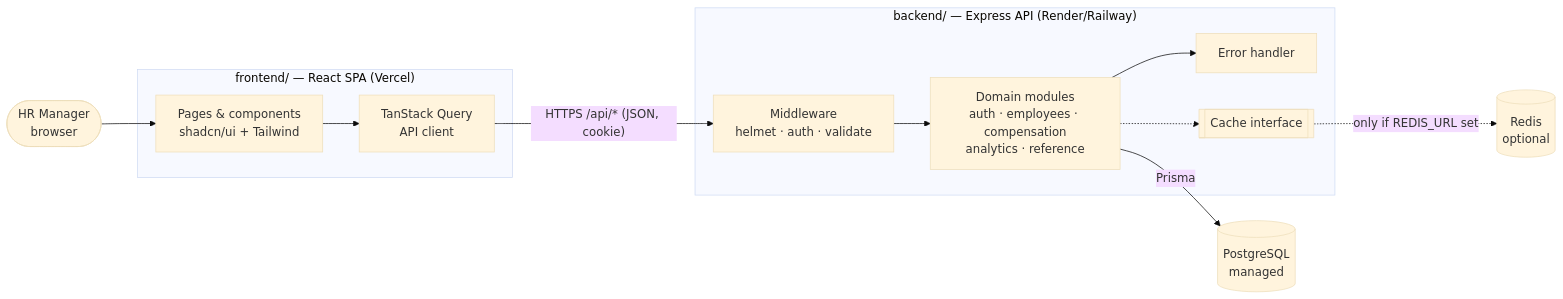
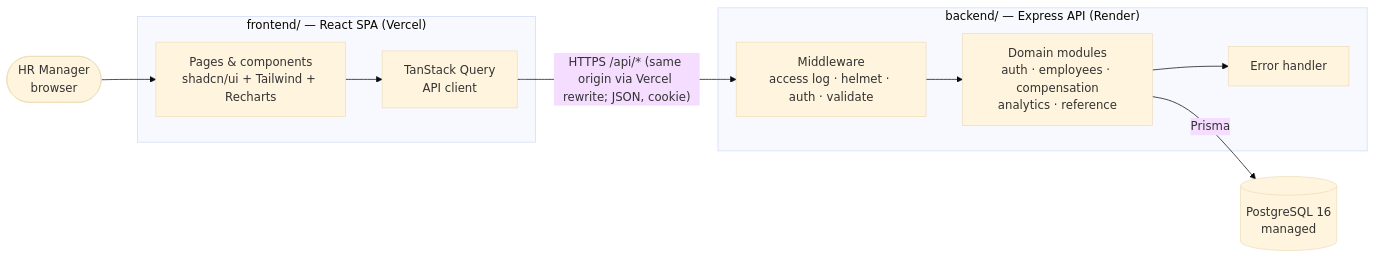
Before and after one commit to Chaitanya0076/employee-salary-management: the first of 2 diagrams in docs/architecture.md, drawn with Mermaid (base theme). The commit also changed other lines of this file and 10 other files, not shown here.

````diff
--- a/docs/architecture.md
+++ b/docs/architecture.md
@@ -7,26 +7,22 @@
 ```mermaid
 flowchart LR
     HR([HR Manager<br/>browser])
 
     subgraph Web["frontend/ — React SPA (Vercel)"]
-        UI[Pages & components<br/>shadcn/ui + Tailwind]
+        UI[Pages & components<br/>shadcn/ui + Tailwind + Recharts]
         Q[TanStack Query<br/>API client]
     end
 
-    subgraph Api["backend/ — Express API (Render/Railway)"]
-        MW[Middleware<br/>helmet · auth · validate]
+    subgraph Api["backend/ — Express API (Render)"]
+        MW[Middleware<br/>access log · helmet · auth · validate]
         MOD[Domain modules<br/>auth · employees · compensation<br/>analytics · reference]
         ERR[Error handler]
-        CACHE[[Cache interface]]
     end
 
-    DB[(PostgreSQL<br/>managed)]
-    REDIS[(Redis<br/>optional)]
+    DB[(PostgreSQL 16<br/>managed)]
 
     HR --> UI --> Q
-    Q -- "HTTPS /api/* (JSON, cookie)" --> MW --> MOD
+    Q -- "HTTPS /api/* (same origin via Vercel rewrite; JSON, cookie)" --> MW --> MOD
     MOD --> ERR
     MOD -- Prisma --> DB
-    MOD -.-> CACHE
-    CACHE -. "only if REDIS_URL set" .-> REDIS
 ```
````
